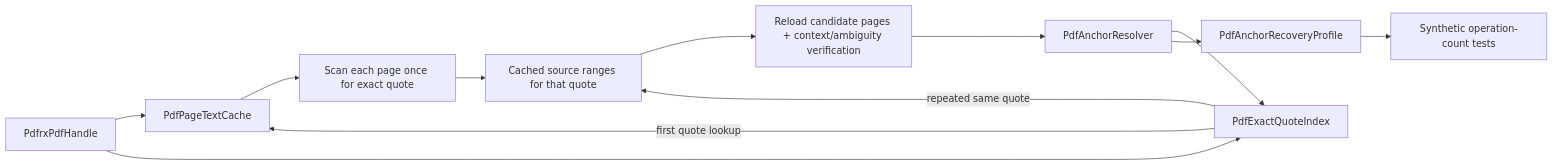
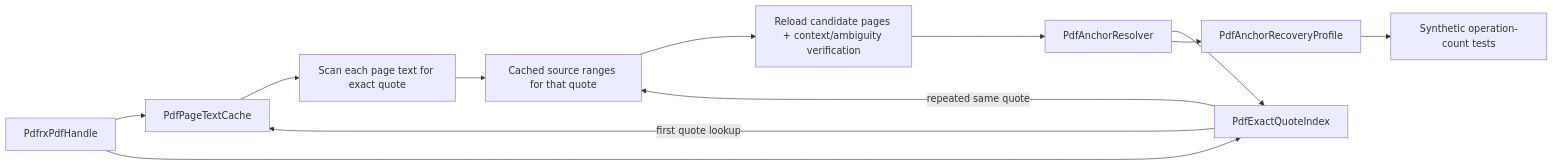
The ninth of 17 diagrams in docs/PROJECT_GRAPH.md (aaditya140103/kola), drawn with Mermaid before and after one commit. The commit also changed other lines of this file and 2 other files, not shown here.

Commit message:
Profile unique PDF quote recovery

````diff
--- a/docs/PROJECT_GRAPH.md
+++ b/docs/PROJECT_GRAPH.md
@@ -197,14 +197,14 @@
 ```mermaid
 flowchart LR
     Handle[PdfrxPdfHandle] --> TextCache[PdfPageTextCache]
     Handle --> QuoteIndex[PdfExactQuoteIndex]
     Resolver[PdfAnchorResolver] --> QuoteIndex
     QuoteIndex -- first quote lookup --> TextCache
-    TextCache --> Scan[Scan each page once for exact quote]
+    TextCache --> Scan[Scan each page text for exact quote]
     Scan --> CandidateCache[Cached source ranges for that quote]
     QuoteIndex -- repeated same quote --> CandidateCache
     CandidateCache --> Verify[Reload candidate pages + context/ambiguity verification]
     Verify --> Resolver
     Resolver --> Profile[PdfAnchorRecoveryProfile]
     Profile --> Baseline[Synthetic operation-count tests]
 ```
````
